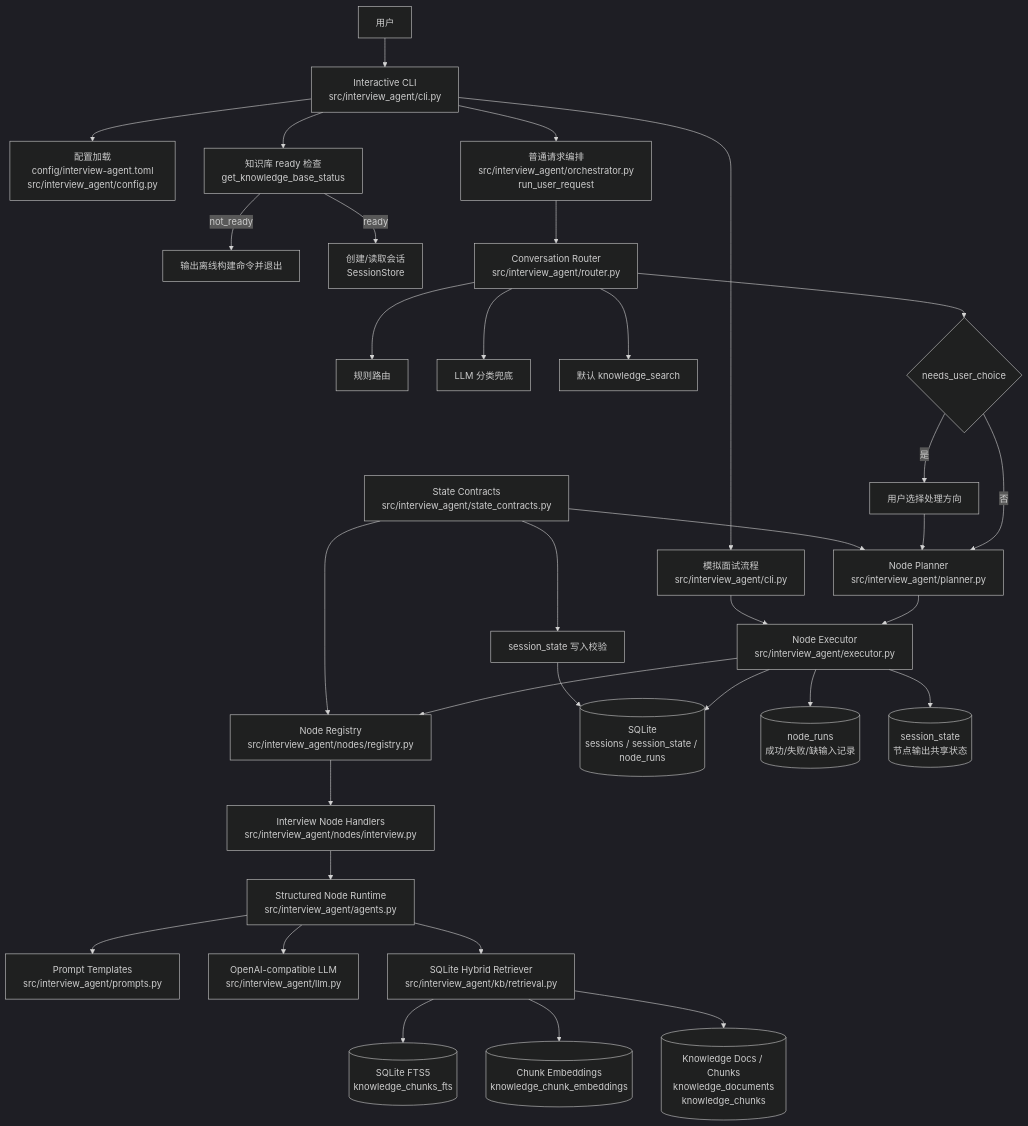
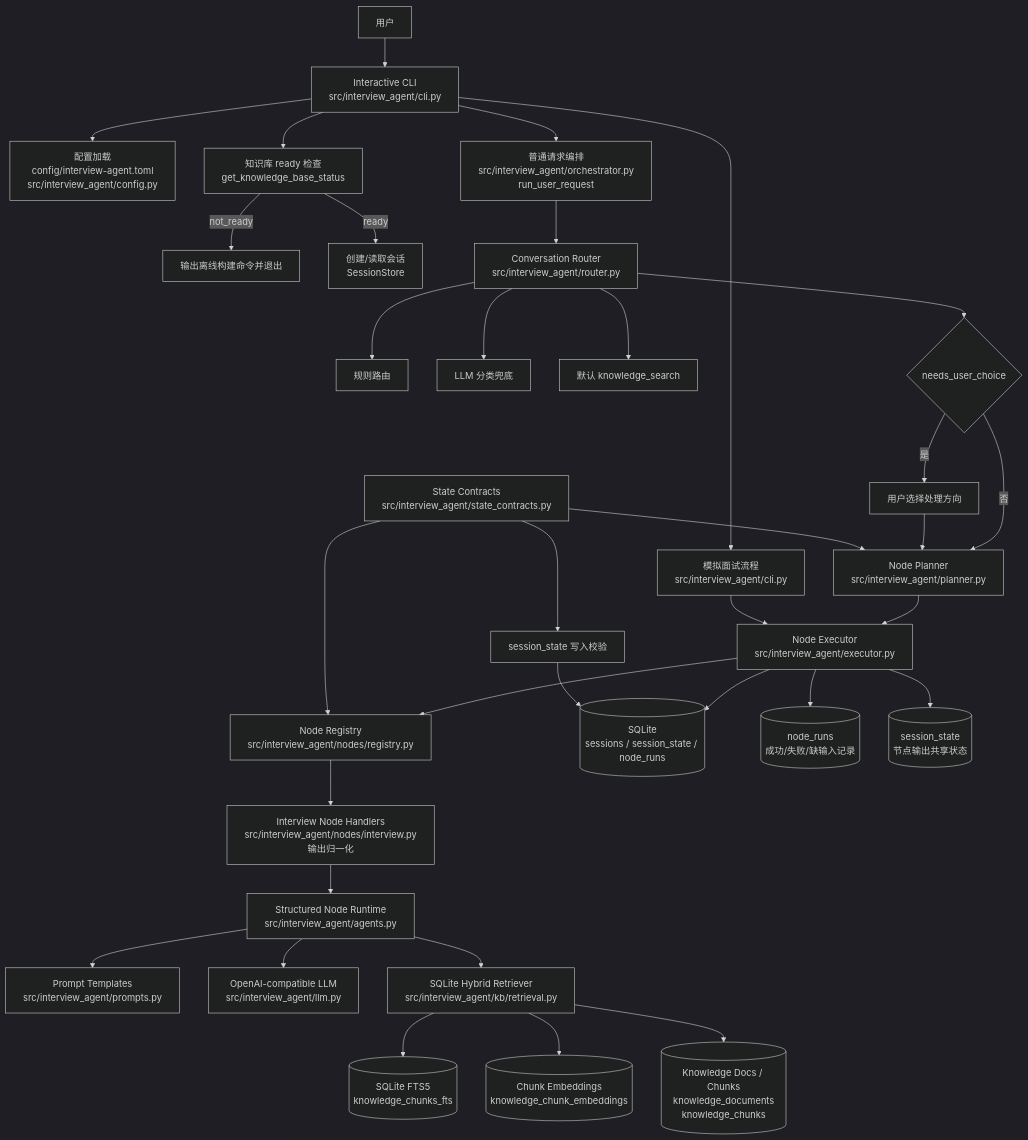
The first of 4 diagrams in docs/architecture.md (kaomianjin2/resume-agent), drawn with Mermaid (dark theme) before and after one commit. The commit also changed other lines of this file and 7 other files, not shown here.

````diff
--- a/docs/architecture.md
+++ b/docs/architecture.md
@@ -15,45 +15,45 @@
 ```mermaid
 flowchart TD
     User[用户] --> CLI[Interactive CLI<br/>src/interview_agent/cli.py]
 
     CLI --> Config[配置加载<br/>config/interview-agent.toml<br/>src/interview_agent/config.py]
     CLI --> KBReady[知识库 ready 检查<br/>get_knowledge_base_status]
     KBReady -->|not_ready| OfflineHint[输出离线构建命令并退出]
     KBReady -->|ready| Session[创建/读取会话<br/>SessionStore]
 
     CLI --> Orchestrator[普通请求编排<br/>src/interview_agent/orchestrator.py<br/>run_user_request]
     CLI --> MockFlow[模拟面试流程<br/>src/interview_agent/cli.py]
     Orchestrator --> Router[Conversation Router<br/>src/interview_agent/router.py]
     Router --> RuleRoute[规则路由]
     Router --> LLMRoute[LLM 分类兜底]
     Router --> DefaultRoute[默认 knowledge_search]
     Router --> DirectionChoice{needs_user_choice}
     DirectionChoice -->|是| UserChoice[用户选择处理方向]
     DirectionChoice -->|否| Planner
 
     UserChoice --> Planner
     Planner[Node Planner<br/>src/interview_agent/planner.py]
     StateContracts[State Contracts<br/>src/interview_agent/state_contracts.py]
     StateContracts --> Planner
     Planner --> Executor[Node Executor<br/>src/interview_agent/executor.py]
     MockFlow --> Executor
 
     Executor --> Registry[Node Registry<br/>src/interview_agent/nodes/registry.py]
     StateContracts --> Registry
     StateContracts --> SessionValidation[session_state 写入校验]
-    Registry --> Handlers[Interview Node Handlers<br/>src/interview_agent/nodes/interview.py]
+    Registry --> Handlers[Interview Node Handlers<br/>src/interview_agent/nodes/interview.py<br/>输出归一化]
 
     Executor --> SQLite[(SQLite<br/>sessions / session_state / node_runs)]
     SessionValidation --> SQLite
     Handlers --> AgentRuntime[Structured Node Runtime<br/>src/interview_agent/agents.py]
     AgentRuntime --> Prompts[Prompt Templates<br/>src/interview_agent/prompts.py]
     AgentRuntime --> LLM[OpenAI-compatible LLM<br/>src/interview_agent/llm.py]
     AgentRuntime --> Retriever[SQLite Hybrid Retriever<br/>src/interview_agent/kb/retrieval.py]
 
     Retriever --> FTS[(SQLite FTS5<br/>knowledge_chunks_fts)]
     Retriever --> Embeddings[(Chunk Embeddings<br/>knowledge_chunk_embeddings)]
     Retriever --> KBChunks[(Knowledge Docs / Chunks<br/>knowledge_documents<br/>knowledge_chunks)]
 
     Executor --> Runs[(node_runs<br/>成功/失败/缺输入记录)]
     Executor --> State[(session_state<br/>节点输出共享状态)]
 ```
````
